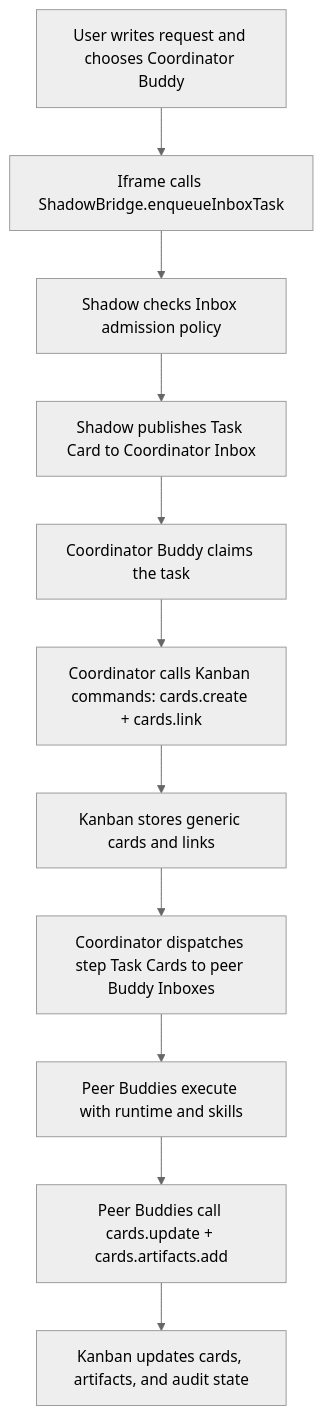
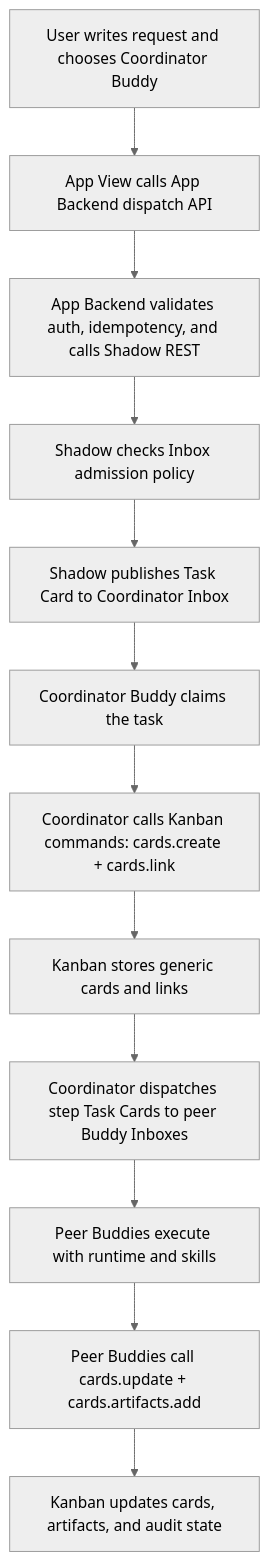
The first of 4 diagrams in docs/development/multica-shadow-server-app-research.zh-CN.md (buggyblues/shadow), drawn with Mermaid (neutral theme) before and after one commit. The commit also changed other lines of this file and 31 other files, not shown here.

Commit message:
feat(integrations): move app commands behind backend contract

````diff
--- a/docs/development/multica-shadow-server-app-research.zh-CN.md
+++ b/docs/development/multica-shadow-server-app-research.zh-CN.md
@@ -238,13 +238,14 @@
 ```mermaid
 flowchart TD
-  A["User writes request and chooses Coordinator Buddy"] --> B["Iframe calls ShadowBridge.enqueueInboxTask"]
-  B --> C["Shadow checks Inbox admission policy"]
-  C --> D["Shadow publishes Task Card to Coordinator Inbox"]
-  D --> E["Coordinator Buddy claims the task"]
-  E --> F["Coordinator calls Kanban commands: cards.create + cards.link"]
-  F --> G["Kanban stores generic cards and links"]
-  G --> H["Coordinator dispatches step Task Cards to peer Buddy Inboxes"]
-  H --> I["Peer Buddies execute with runtime and skills"]
-  I --> J["Peer Buddies call cards.update + cards.artifacts.add"]
-  J --> K["Kanban updates cards, artifacts, and audit state"]
+  A["User writes request and chooses Coordinator Buddy"] --> B["App View calls App Backend dispatch API"]
+  B --> C["App Backend validates auth, idempotency, and calls Shadow REST"]
+  C --> D["Shadow checks Inbox admission policy"]
+  D --> E["Shadow publishes Task Card to Coordinator Inbox"]
+  E --> F["Coordinator Buddy claims the task"]
+  F --> G["Coordinator calls Kanban commands: cards.create + cards.link"]
+  G --> H["Kanban stores generic cards and links"]
+  H --> I["Coordinator dispatches step Task Cards to peer Buddy Inboxes"]
+  I --> J["Peer Buddies execute with runtime and skills"]
+  J --> K["Peer Buddies call cards.update + cards.artifacts.add"]
+  K --> L["Kanban updates cards, artifacts, and audit state"]
 ```
````
